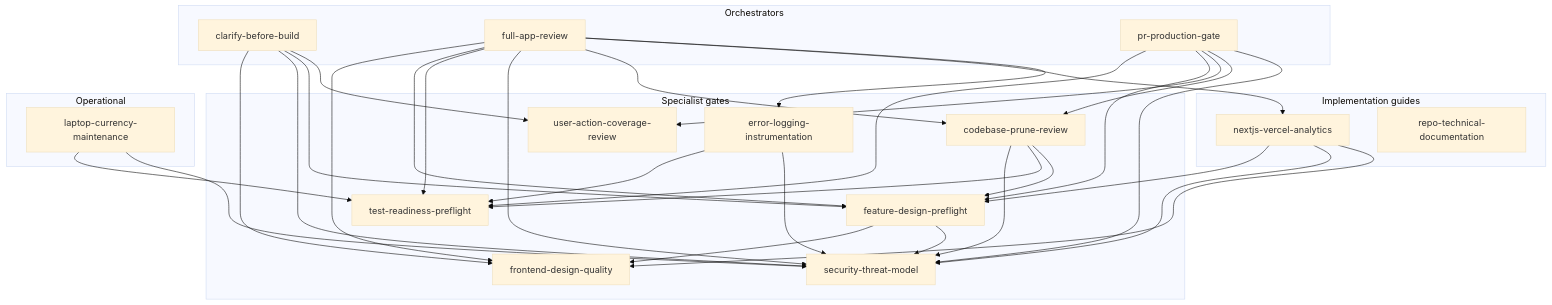
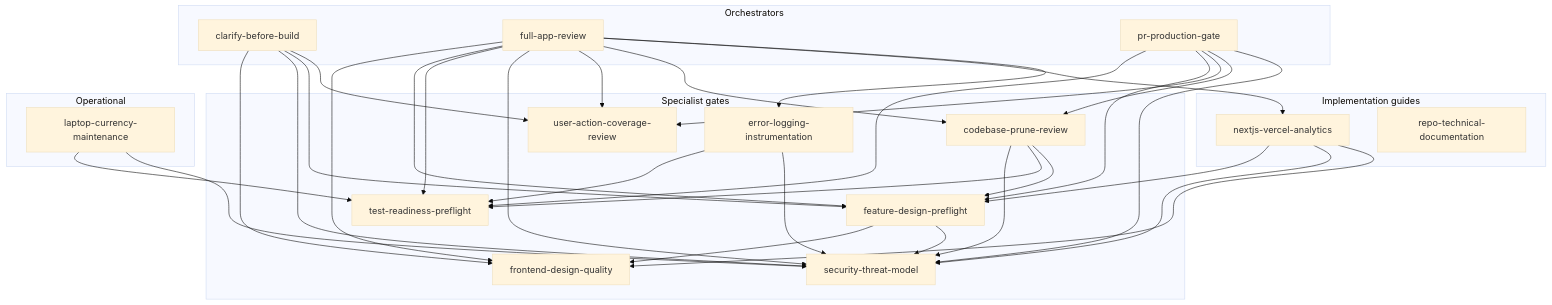
One commit to jimtin/production-ai changed the diagram in docs/skill-graph.md. Above: the diagram before and after it, drawn with Mermaid (base theme). The commit also changed 5 other files, not shown here.

````diff
--- a/docs/skill-graph.md
+++ b/docs/skill-graph.md
@@ -7,53 +7,54 @@
 ```mermaid
 graph TD
     subgraph Orchestrators
         CBB[clarify-before-build]
         FAR[full-app-review]
         PRG[pr-production-gate]
     end
     subgraph Specialist gates
         FDP[feature-design-preflight]
         FDQ[frontend-design-quality]
         TRP[test-readiness-preflight]
         UAC[user-action-coverage-review]
         CPR[codebase-prune-review]
         ELI[error-logging-instrumentation]
         STM[security-threat-model]
     end
     subgraph Implementation guides
         NVA[nextjs-vercel-analytics]
         RTD[repo-technical-documentation]
     end
     subgraph Operational
         LCM[laptop-currency-maintenance]
     end
 
     CBB --> FDQ
     CBB --> STM
     CBB --> FDP
     CBB --> UAC
     FAR --> FDQ
     FAR --> FDP
     FAR --> TRP
     FAR --> STM
+    FAR --> UAC
     FAR --> CPR
     FAR --> NVA
     FAR --> ELI
     PRG --> TRP
     PRG --> FDP
     PRG --> UAC
     PRG --> CPR
     PRG --> STM
     CPR --> STM
     CPR --> TRP
     CPR --> FDP
     FDP --> FDQ
     FDP --> STM
     NVA --> FDP
     NVA --> STM
     NVA --> FDQ
     ELI --> TRP
     ELI --> STM
     LCM --> TRP
     LCM --> STM
 ```
````
